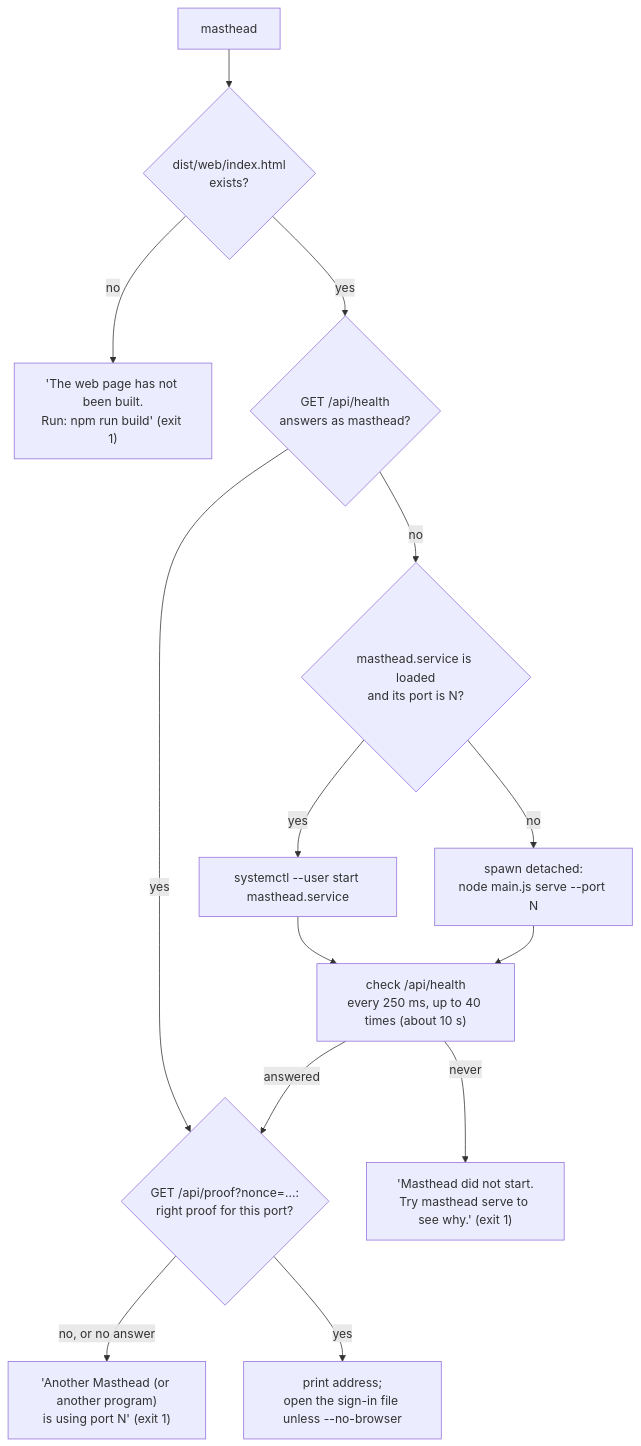
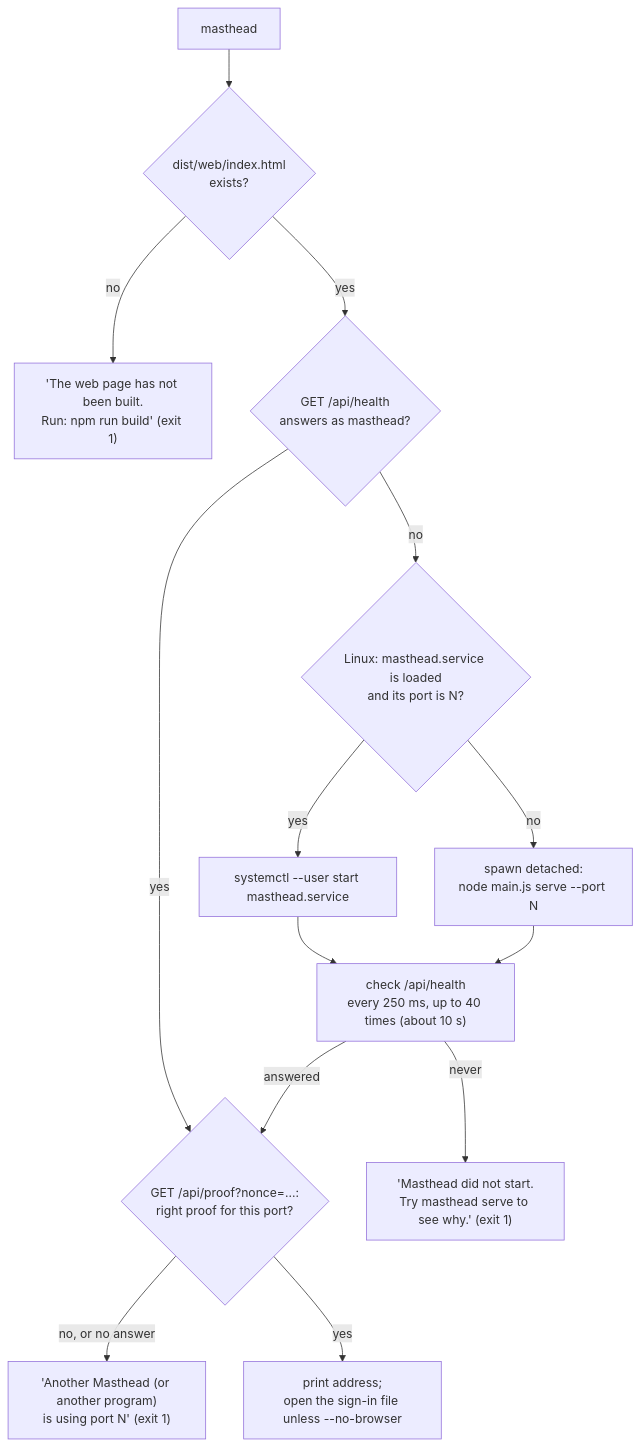
One commit to Luxorium/masthead changed the diagram in docs/wiki/Command-Line-Launcher.md. Above: the diagram before and after it, drawn with Mermaid. The commit also changed other lines of this file and 103 other files, not shown here.

````diff
--- a/docs/wiki/Command-Line-Launcher.md
+++ b/docs/wiki/Command-Line-Launcher.md
@@ -26,17 +33,17 @@
 ```mermaid
 flowchart TD
   A[masthead] --> B{"dist/web/index.html<br/>exists?"}
   B -- no --> B1["'The web page has not been built.<br/>Run: npm run build' (exit 1)"]
   B -- yes --> C{"GET /api/health<br/>answers as masthead?"}
   C -- yes --> Y
-  C -- no --> D{"masthead.service is loaded<br/>and its port is N?"}
+  C -- no --> D{"Linux: masthead.service is loaded<br/>and its port is N?"}
   D -- yes --> E["systemctl --user start masthead.service"]
   D -- no --> F["spawn detached:<br/>node main.js serve --port N"]
   Y{"GET /api/proof?nonce=…:<br/>right proof for this port?"} -- "no, or no answer" --> Y1["'Another Masthead (or another program)<br/>is using port N' (exit 1)"]
   Y -- yes --> OK
   E --> W["check /api/health<br/>every 250 ms, up to 40 times (about 10 s)"]
   F --> W
   W -- answered --> Y
   OK["print address;<br/>open the sign-in file unless --no-browser"]
   W -- never --> X["'Masthead did not start.<br/>Try masthead serve to see why.' (exit 1)"]
 ```
````
